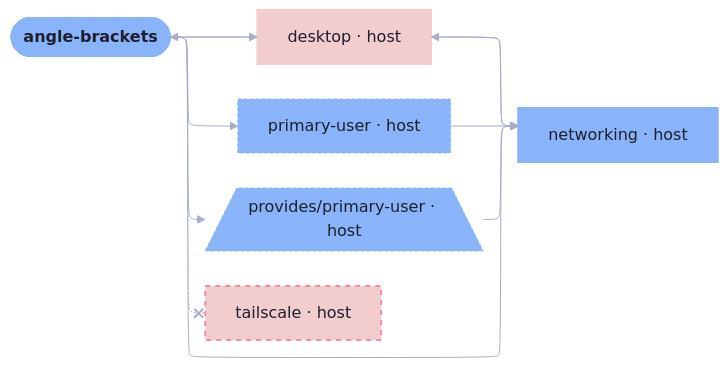
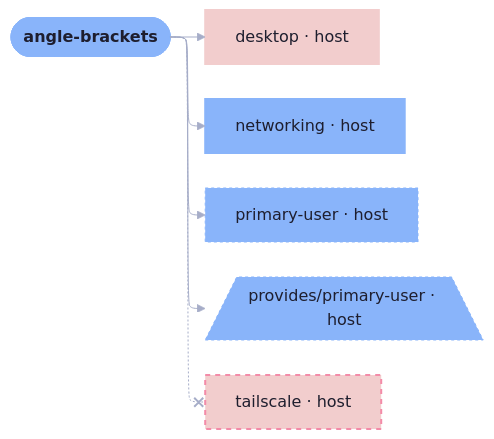
One commit to sini/den changed the diagram in templates/diag-fx-demo/diagrams/angle-brackets-decisions.md. Above: the diagram before and after it, drawn with Mermaid. The commit also changed 849 other files, not shown here.

Commit message:
chore: update fx diagrams

````diff
--- a/templates/diag-fx-demo/diagrams/angle-brackets-decisions.md
+++ b/templates/diag-fx-demo/diagrams/angle-brackets-decisions.md
@@ -5,29 +5,24 @@
 ```mermaid
 %%{init: {"elk":{"mergeEdges":true,"nodePlacementStrategy":"BRANDES_KOEPF"},"layout":"elk","theme":"base","themeVariables":{"activationBkgColor":"#313244","activationBorderColor":"#6c7086","actorBkg":"#313244","actorBorder":"#a6adc8","actorLineColor":"#a6adc8","actorTextColor":"#cdd6f4","background":"#1e1e2e","classText":"#cdd6f4","clusterBkg":"#313244","clusterBorder":"#6c7086","edgeLabelBackground":"#1e1e2e","labelBoxBkgColor":"#313244","labelBoxBorderColor":"#a6adc8","labelTextColor":"#cdd6f4","lineColor":"#a6adc8","loopTextColor":"#cdd6f4","mainBkg":"#313244","nodeBkg":"#313244","nodeBorder":"#a6adc8","nodeTextColor":"#cdd6f4","noteBkgColor":"#313244","noteBorderColor":"#6c7086","noteTextColor":"#cdd6f4","pie1":"#f38ba8","pie2":"#fab387","pie3":"#f9e2af","pie4":"#a6e3a1","pie5":"#94e2d5","pie6":"#89b4fa","pie7":"#cba6f7","pie8":"#f2cdcd","pieLegendTextColor":"#cdd6f4","pieOuterStrokeColor":"#6c7086","pieSectionTextColor":"#cdd6f4","pieStrokeColor":"#6c7086","pieTitleTextColor":"#cdd6f4","primaryBorderColor":"#a6adc8","primaryColor":"#313244","primaryTextColor":"#cdd6f4","secondBkg":"#313244","secondaryBorderColor":"#6c7086","secondaryColor":"#313244","secondaryTextColor":"#cdd6f4","sequenceNumberColor":"#1e1e2e","signalColor":"#a6adc8","signalTextColor":"#cdd6f4","tertiaryBorderColor":"#6c7086","tertiaryColor":"#313244","tertiaryTextColor":"#cdd6f4","textColor":"#cdd6f4","titleColor":"#cdd6f4"}}}%%
 graph LR
   angle_brackets([angle-brackets]):::root
   desktop["desktop · host"]:::desktop_c
   networking["networking · host"]:::networking_c
   primary_user["primary-user · host"]:::primary_user_c
   den__provides__primary_user[/"provides/primary-user · host"\]:::den__provides__primary_user_c
   tailscale["tailscale · host"]:::tailscale_c
 
   angle_brackets --> desktop
   angle_brackets --> networking
   angle_brackets --> primary_user
   angle_brackets --> den__provides__primary_user
   angle_brackets -.-x tailscale
-  den__provides__primary_user --> networking
-  desktop --> angle_brackets
-  desktop --> networking
-  networking --> desktop
-  primary_user --> networking
 
   classDef root fill:#89b4fa,stroke:#89b4fa,color:#1e1e2e,font-weight:bold
-  classDef angle_brackets_c fill:#89b4fa,stroke:#89b4fa,color:#1e1e2e,stroke-width:3px
+  classDef angle_brackets_c fill:#89b4fa,stroke:#89b4fa,color:#1e1e2e,stroke-width:2px
   classDef desktop_c fill:#f2cdcd,stroke:#f2cdcd,color:#1e1e2e,stroke-width:2px
   classDef networking_c fill:#89b4fa,stroke:#89b4fa,color:#1e1e2e,stroke-width:2px
   classDef primary_user_c fill:#89b4fa,stroke:#89b4fa,color:#1e1e2e,stroke-dasharray: 3 3,stroke-width:1px
   classDef den__provides__primary_user_c fill:#89b4fa,stroke:#89b4fa,color:#1e1e2e,stroke-dasharray: 3 3,stroke-width:1px
   classDef tailscale_c fill:#f2cdcd,stroke:#f38ba8,color:#1e1e2e,stroke-dasharray: 5 5,stroke-width:2px
 ```
````
